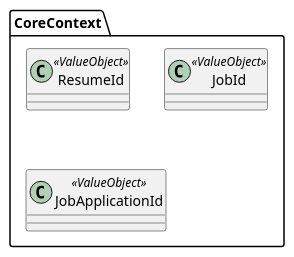
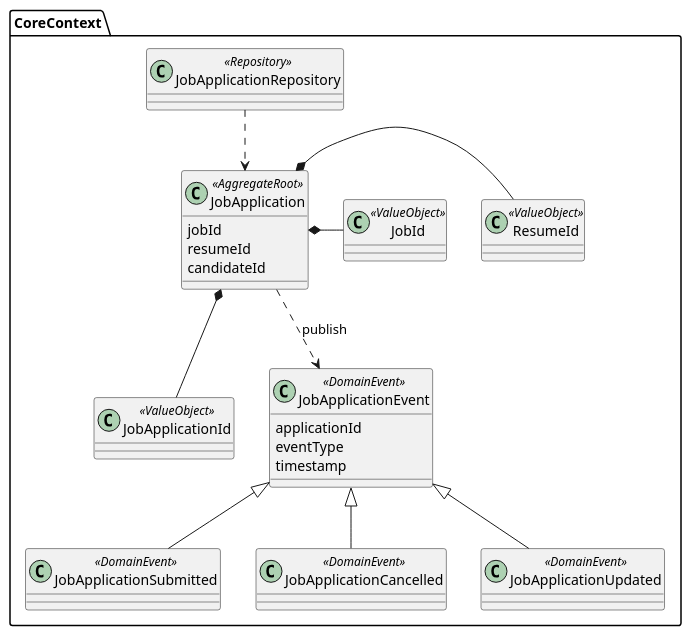
Before and after one commit to mikesorae/job_search_context: the diagram in domain/core_context.pu, drawn with PlantUML. The commit also changed 5 other files, not shown here.

Commit message:
move job_application into core context

```diff
--- a/domain/core_context.pu
+++ b/domain/core_context.pu
@@ -1,15 +1,51 @@
 @startuml
 
 ' 共通コンテキスト
 namespace CoreContext {
     class ResumeId <<ValueObject>> {
     }
 
     class JobId <<ValueObject>> {
     }
 
     class JobApplicationId <<ValueObject>> {
     }
+
+    class JobApplication <<AggregateRoot>> {
+        jobId
+        resumeId
+        candidateId
+    }
+
+    class JobApplicationRepository <<Repository>> {
+    }
+
+    class JobApplicationEvent <<DomainEvent>> {
+        applicationId
+        eventType
+        timestamp 
+    }
+
+    class JobApplicationSubmitted <<DomainEvent>> {
+    }
+
+    class JobApplicationCancelled <<DomainEvent>> {
+    }
+
+    class JobApplicationUpdated <<DomainEvent>> {
+    }
+
+
+    JobApplication *-- JobApplicationId
+    JobApplication *- ResumeId
+    JobApplication *- JobId
+    JobApplicationRepository ..> JobApplication
+
+    JobApplicationEvent <|-- JobApplicationSubmitted
+    JobApplicationEvent <|-- JobApplicationCancelled
+    JobApplicationEvent <|-- JobApplicationUpdated
+
+    JobApplication ..> JobApplicationEvent :publish
 }
 
 @enduml
```
